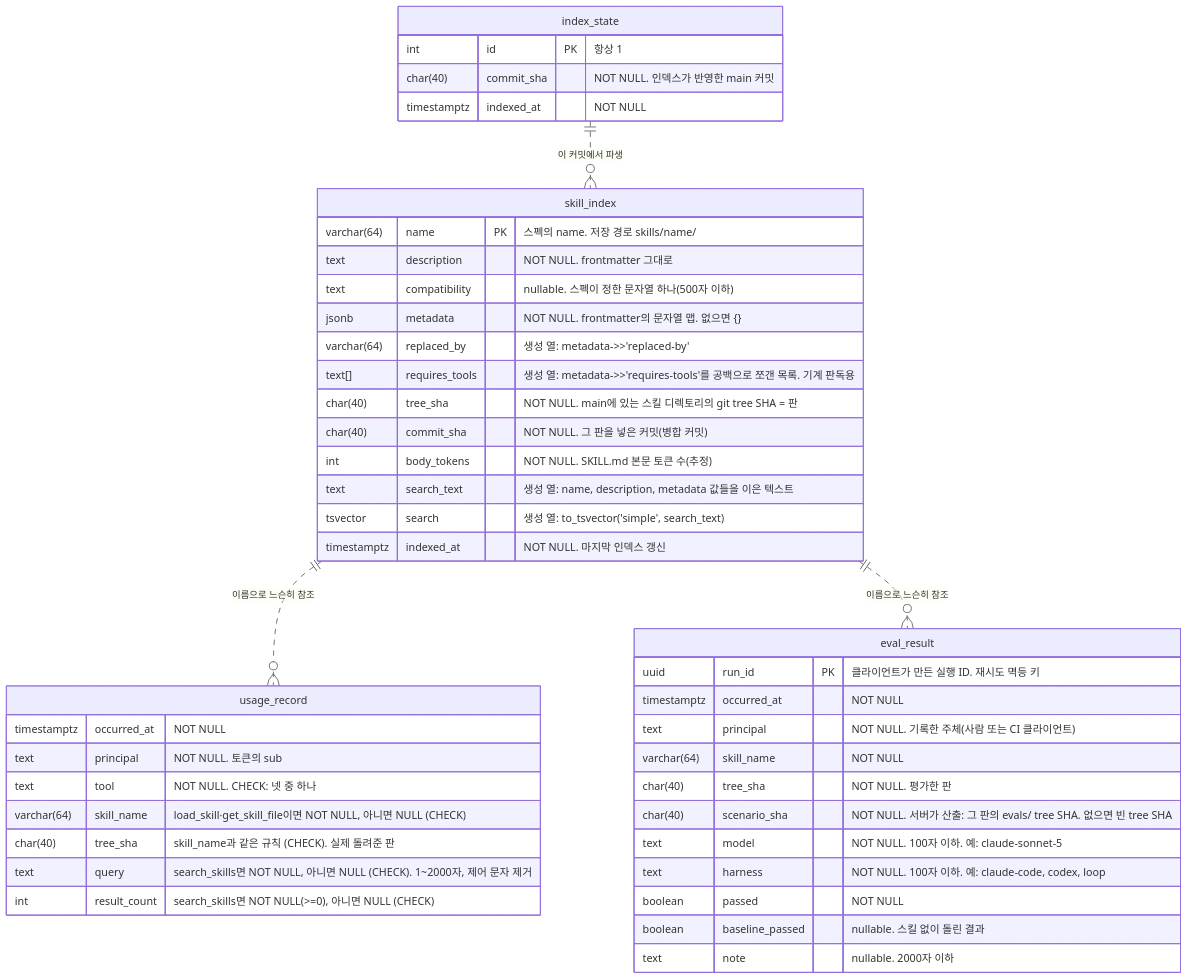
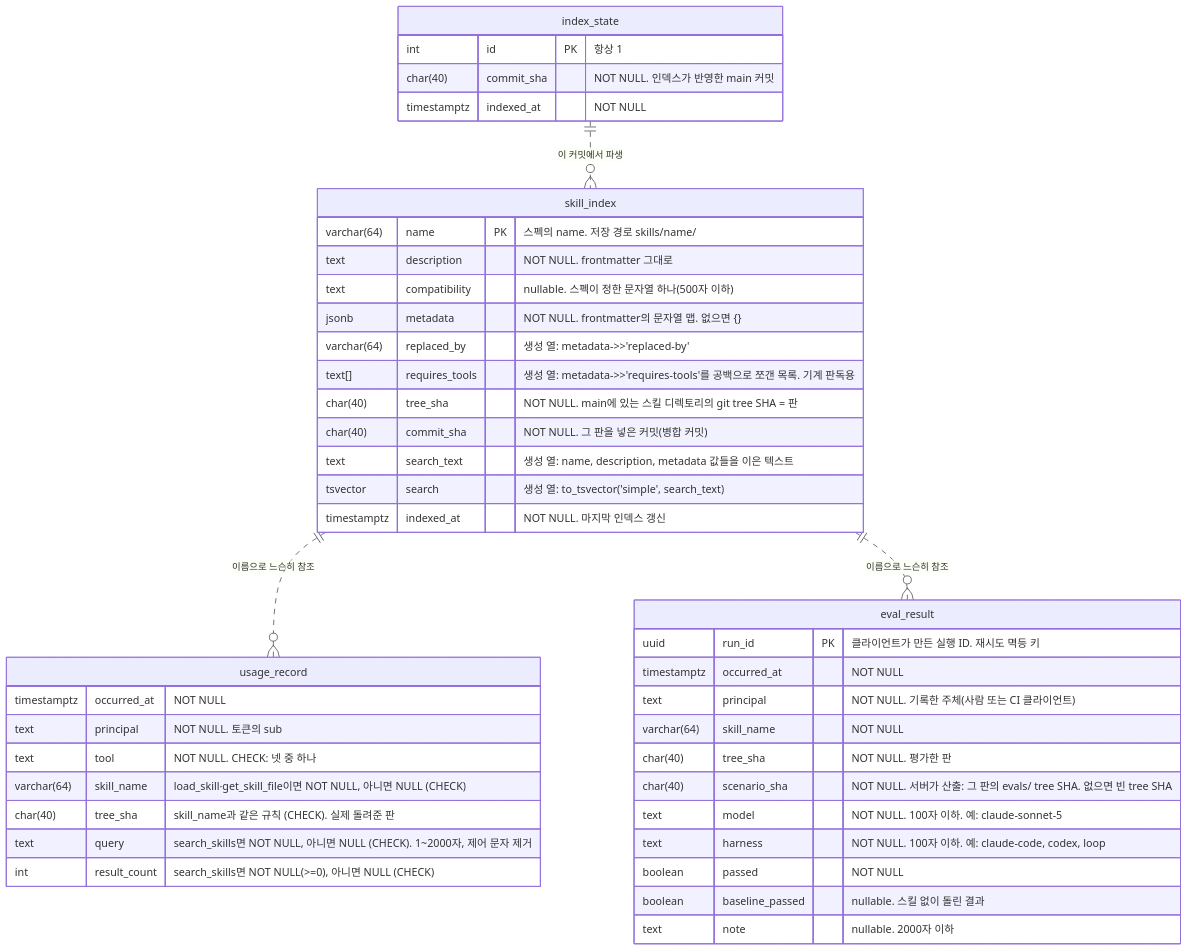
Before and after one commit to alteralab/harness-catalog: the third of 4 diagrams in DESIGN.md, drawn with Mermaid. The commit also changed other lines of this file and 4 other files, not shown here.

````diff
--- a/DESIGN.md
+++ b/DESIGN.md
@@ -216,47 +216,46 @@
 ```mermaid
 erDiagram
     skill_index {
         varchar(64) name PK "스펙의 name. 저장 경로 skills/name/"
         text description "NOT NULL. frontmatter 그대로"
         text compatibility "nullable. 스펙이 정한 문자열 하나(500자 이하)"
         jsonb metadata "NOT NULL. frontmatter의 문자열 맵. 없으면 {}"
         varchar(64) replaced_by "생성 열: metadata->>'replaced-by'"
         text[] requires_tools "생성 열: metadata->>'requires-tools'를 공백으로 쪼갠 목록. 기계 판독용"
         char(40) tree_sha "NOT NULL. main에 있는 스킬 디렉토리의 git tree SHA = 판"
         char(40) commit_sha "NOT NULL. 그 판을 넣은 커밋(병합 커밋)"
-        int body_tokens "NOT NULL. SKILL.md 본문 토큰 수(추정)"
         text search_text "생성 열: name, description, metadata 값들을 이은 텍스트"
         tsvector search "생성 열: to_tsvector('simple', search_text)"
         timestamptz indexed_at "NOT NULL. 마지막 인덱스 갱신"
     }
     usage_record {
         timestamptz occurred_at "NOT NULL"
         text principal "NOT NULL. 토큰의 sub"
         text tool "NOT NULL. CHECK: 넷 중 하나"
         varchar(64) skill_name "load_skill·get_skill_file이면 NOT NULL, 아니면 NULL (CHECK)"
         char(40) tree_sha "skill_name과 같은 규칙 (CHECK). 실제 돌려준 판"
         text query "search_skills면 NOT NULL, 아니면 NULL (CHECK). 1~2000자, 제어 문자 제거"
         int result_count "search_skills면 NOT NULL(>=0), 아니면 NULL (CHECK)"
     }
     index_state {
         int id PK "항상 1"
         char(40) commit_sha "NOT NULL. 인덱스가 반영한 main 커밋"
         timestamptz indexed_at "NOT NULL"
     }
     eval_result {
         uuid run_id PK "클라이언트가 만든 실행 ID. 재시도 멱등 키"
         timestamptz occurred_at "NOT NULL"
         text principal "NOT NULL. 기록한 주체(사람 또는 CI 클라이언트)"
         varchar(64) skill_name "NOT NULL"
         char(40) tree_sha "NOT NULL. 평가한 판"
         char(40) scenario_sha "NOT NULL. 서버가 산출: 그 판의 evals/ tree SHA. 없으면 빈 tree SHA"
         text model "NOT NULL. 100자 이하. 예: claude-sonnet-5"
         text harness "NOT NULL. 100자 이하. 예: claude-code, codex, loop"
         boolean passed "NOT NULL"
         boolean baseline_passed "nullable. 스킬 없이 돌린 결과"
         text note "nullable. 2000자 이하"
     }
     skill_index ||..o{ usage_record : "이름으로 느슨히 참조"
     skill_index ||..o{ eval_result : "이름으로 느슨히 참조"
     index_state ||..o{ skill_index : "이 커밋에서 파생"
 ```
````
